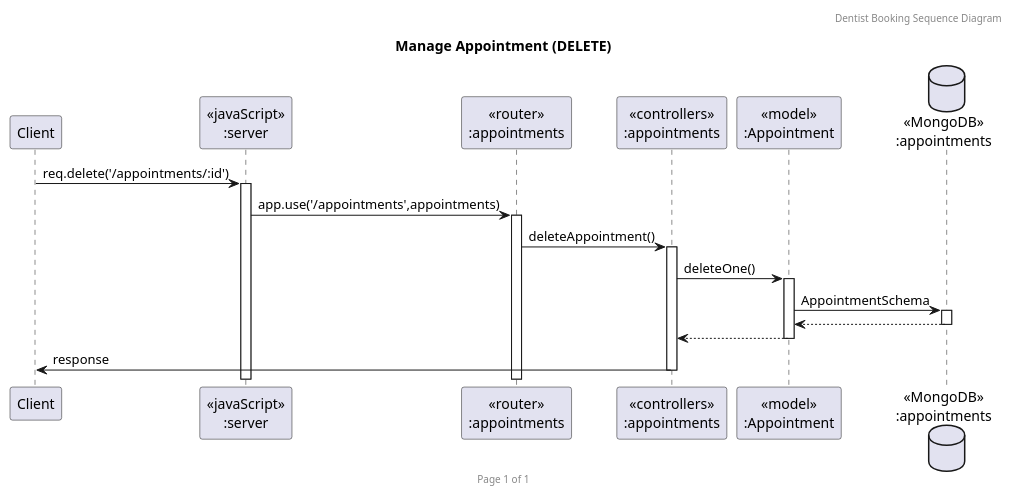
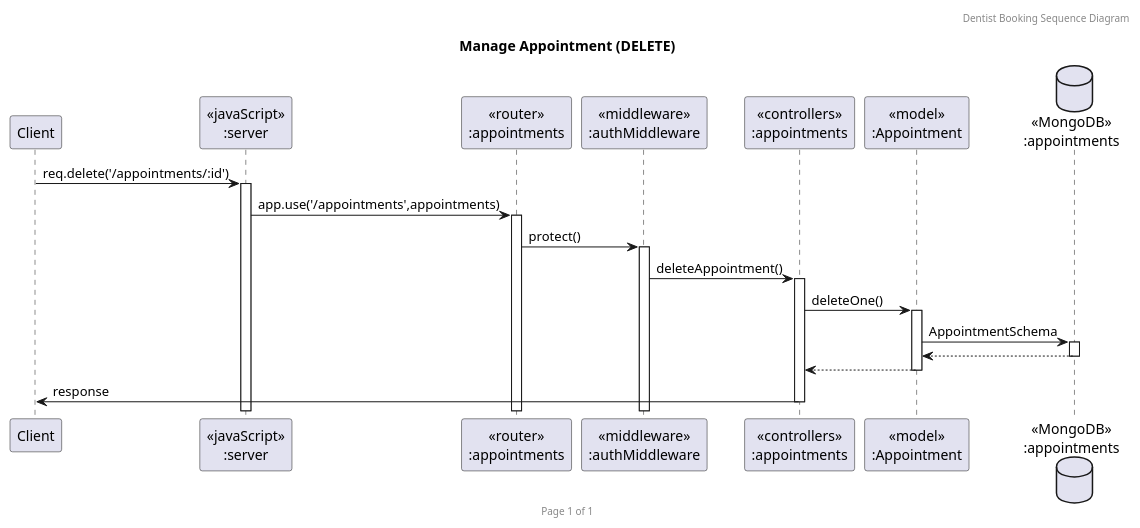
The diagram in doc/sequence_diagram/DeleteAppointment.puml (KoalaMuch/DentistBooking), drawn with PlantUML before and after one commit. The commit also changed 10 other files, not shown here.

Commit message:
add middleware in seq diagram

```diff
--- a/doc/sequence_diagram/DeleteAppointment.puml
+++ b/doc/sequence_diagram/DeleteAppointment.puml
@@ -1,23 +1,25 @@
 @startuml Manage Appointment (DELETE)
 
 header Dentist Booking Sequence Diagram
 footer Page %page% of %lastpage%
 title "Manage Appointment (DELETE)"
 
 participant "Client" as client
 participant "<<javaScript>>\n:server" as server
 participant "<<router>>\n:appointments" as routerAppointments
+participant "<<middleware>>\n:authMiddleware" as authMiddleware
 participant "<<controllers>>\n:appointments" as controllersAppointments
 participant "<<model>>\n:Appointment" as modelAppointment
 database "<<MongoDB>>\n:appointments" as AppointmentsDatabase
 
 client->server ++:req.delete('/appointments/:id')
 server->routerAppointments ++:app.use('/appointments',appointments)
-routerAppointments -> controllersAppointments ++:deleteAppointment()
+routerAppointments->authMiddleware ++:protect()
+authMiddleware -> controllersAppointments ++:deleteAppointment()
 controllersAppointments->modelAppointment ++:deleteOne()
 modelAppointment ->AppointmentsDatabase ++: AppointmentSchema
 AppointmentsDatabase --> modelAppointment --:
 controllersAppointments <-- modelAppointment --:
 controllersAppointments->client --:response
 
 @enduml
```
